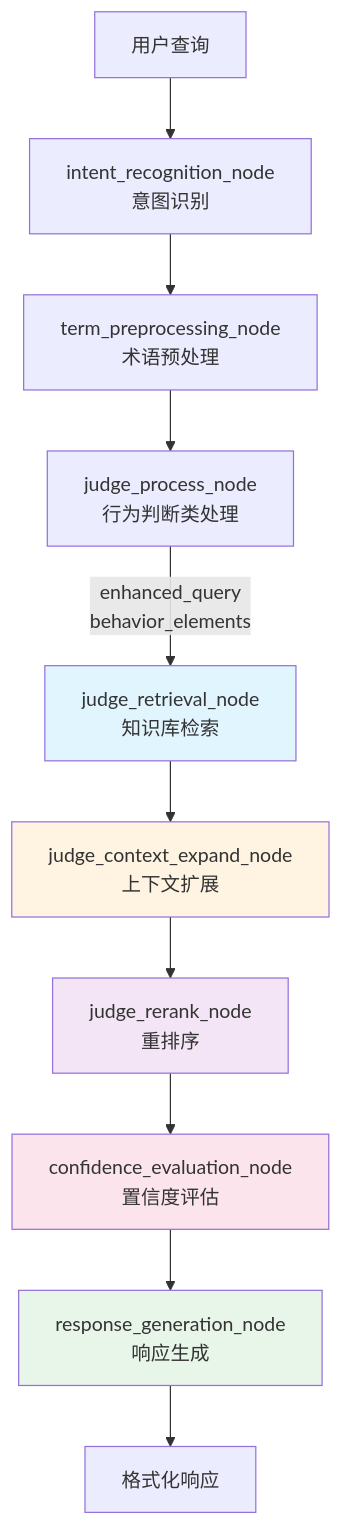
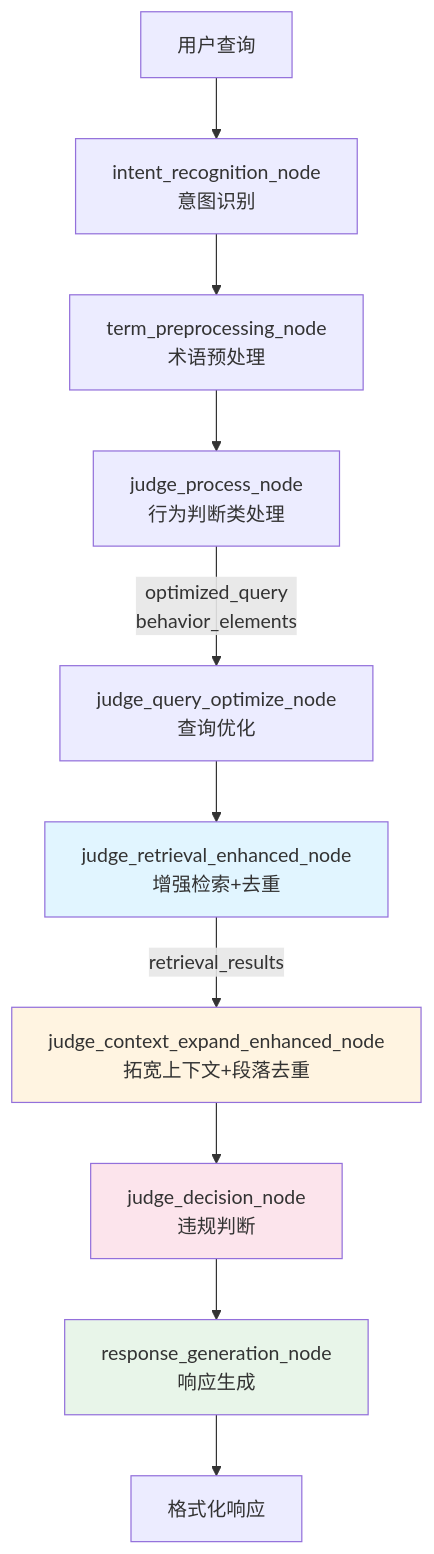
The third of 5 diagrams in docs/workflow.md (zzh-zzh66/Academic_Integrity_Assistant_final), drawn with Mermaid before and after one commit. The commit also changed other lines of this file and 4 other files, not shown here.

````diff
--- a/docs/workflow.md
+++ b/docs/workflow.md
@@ -173,23 +173,21 @@
 ```mermaid
 graph TD
     Input[用户查询] --> Intent[intent_recognition_node<br/>意图识别]
     Intent --> Term[term_preprocessing_node<br/>术语预处理]
     Term --> JudgeProcess[judge_process_node<br/>行为判断类处理]
     
-    JudgeProcess -->|enhanced_query<br/>behavior_elements| JudgeRetrieval[judge_retrieval_node<br/>知识库检索]
+    JudgeProcess -->|optimized_query<br/>behavior_elements| JudgeQueryOpt[judge_query_optimize_node<br/>查询优化]
+    JudgeQueryOpt --> JudgeRetrieval[judge_retrieval_enhanced_node<br/>增强检索+去重]
     
-    JudgeRetrieval --> JudgeExpand[judge_context_expand_node<br/>上下文扩展]
-    JudgeExpand --> JudgeRerank[judge_rerank_node<br/>重排序]
+    JudgeRetrieval -->|retrieval_results| JudgeExpand[judge_context_expand_enhanced_node<br/>拓宽上下文+段落去重]
+    JudgeExpand --> JudgeDecision[judge_decision_node<br/>违规判断]
     
-    JudgeRerank --> Confidence[confidence_evaluation_node<br/>置信度评估]
-    
-    Confidence --> Response[response_generation_node<br/>响应生成]
+    JudgeDecision --> Response[response_generation_node<br/>响应生成]
     
     Response --> Output[格式化响应]
     
     style JudgeRetrieval fill:#e1f5ff
     style JudgeExpand fill:#fff4e1
-    style JudgeRerank fill:#f3e5f5
-    style Confidence fill:#fce4ec
+    style JudgeDecision fill:#fce4ec
     style Response fill:#e8f5e9
 ```
````
